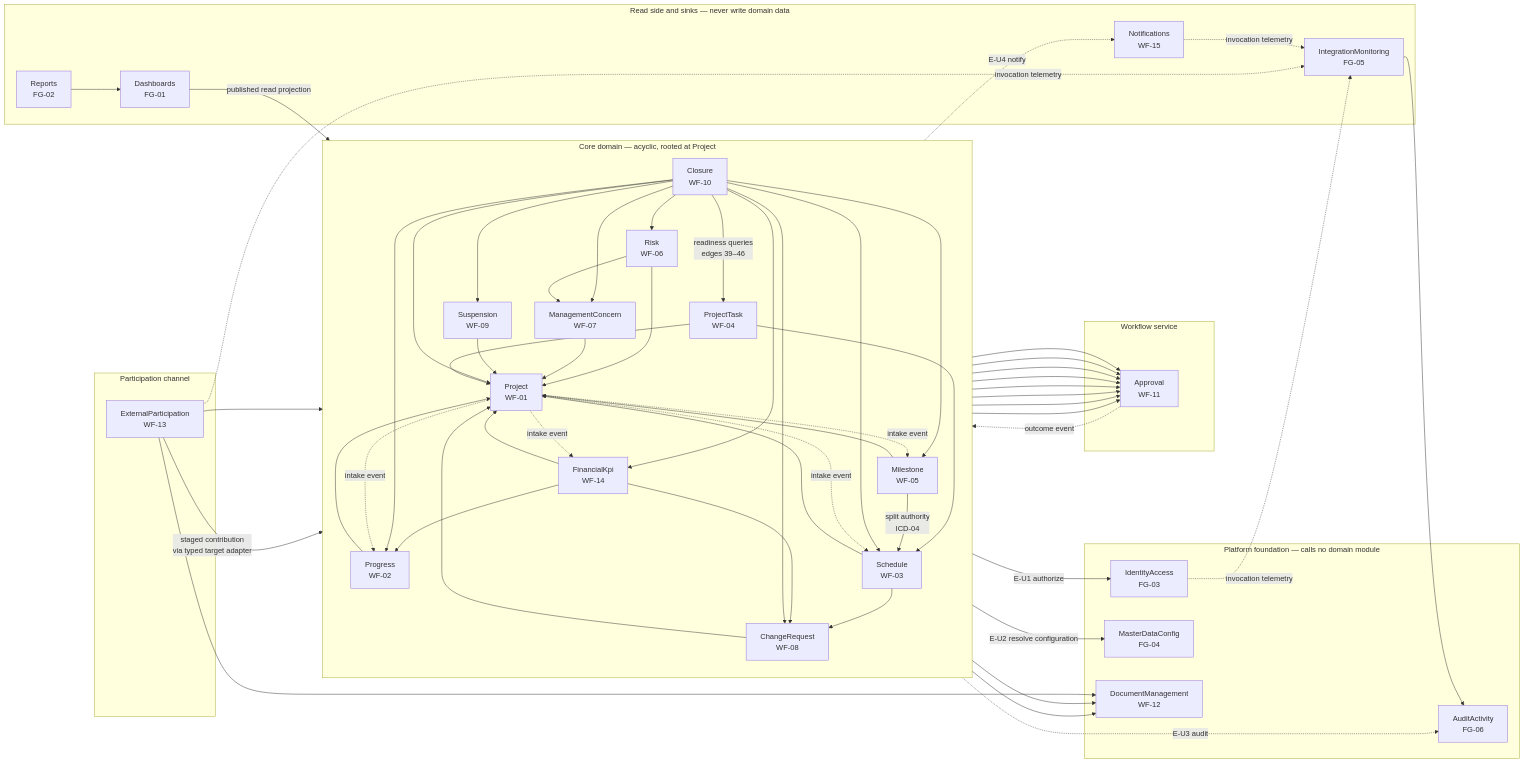
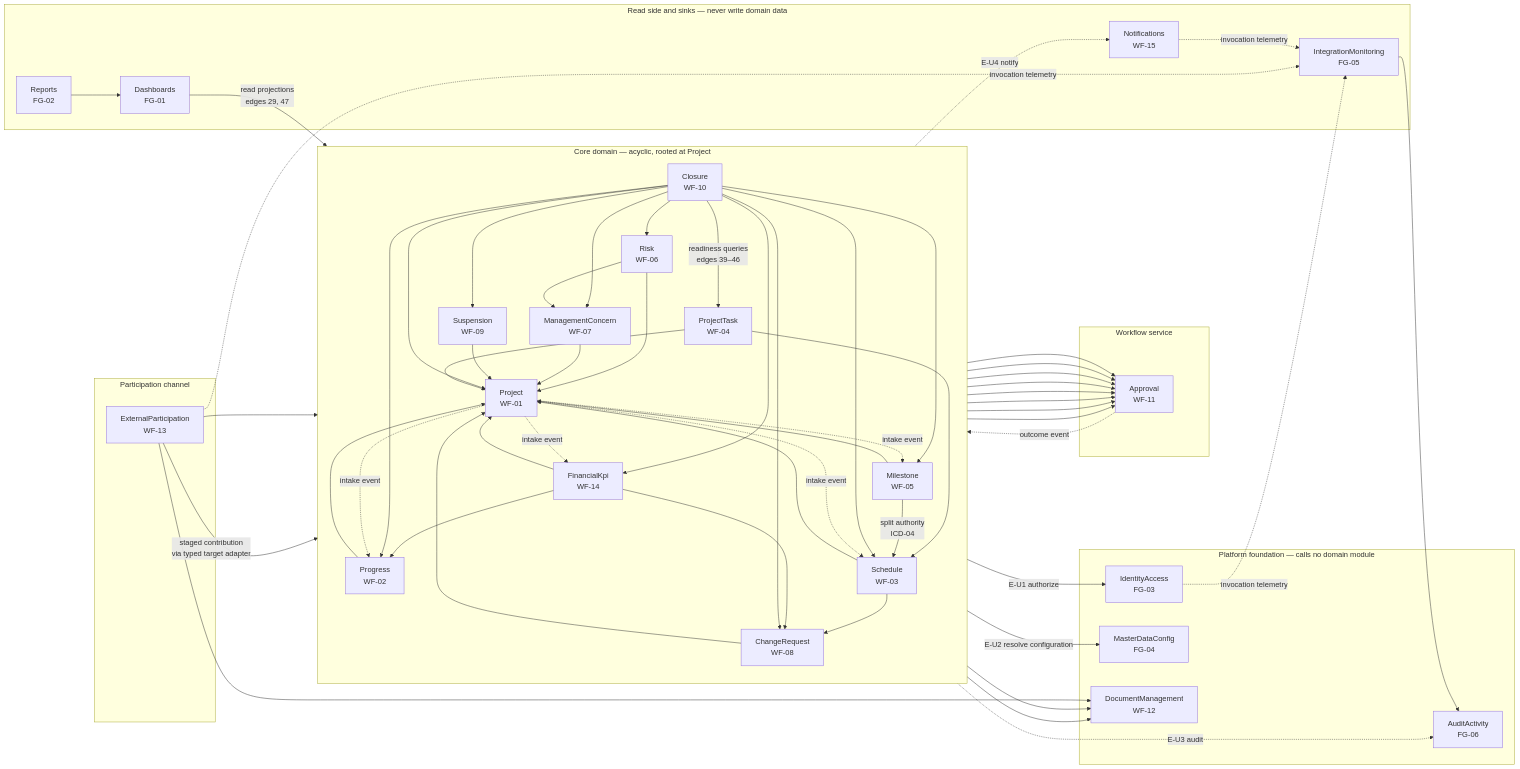
One commit to baderalhindi/ImplementW changed the second of 2 diagrams in docs/architecture/solution-architecture.md. Above: the diagram before and after it, drawn with Mermaid. The commit also changed other lines of this file and 11 other files, not shown here.

```diff
--- a/docs/architecture/solution-architecture.md
+++ b/docs/architecture/solution-architecture.md
@@ -287,7 +287,7 @@
   EXT --> PRJ
   EXT -->|"staged contribution<br/>via typed target adapter"| CORE
 
-  DSH -->|"published read projection"| CORE
+  DSH -->|"read projections<br/>edges 29, 47"| CORE
   RPT --> DSH
 
   CORE -->|"E-U1 authorize"| IAM
```
